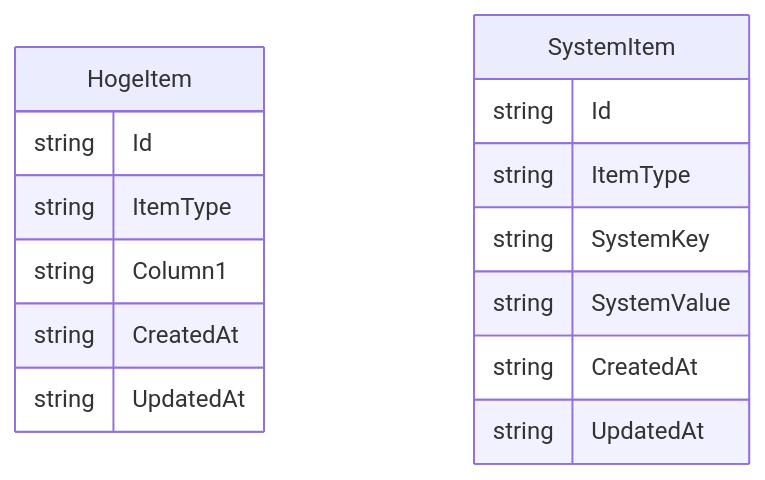
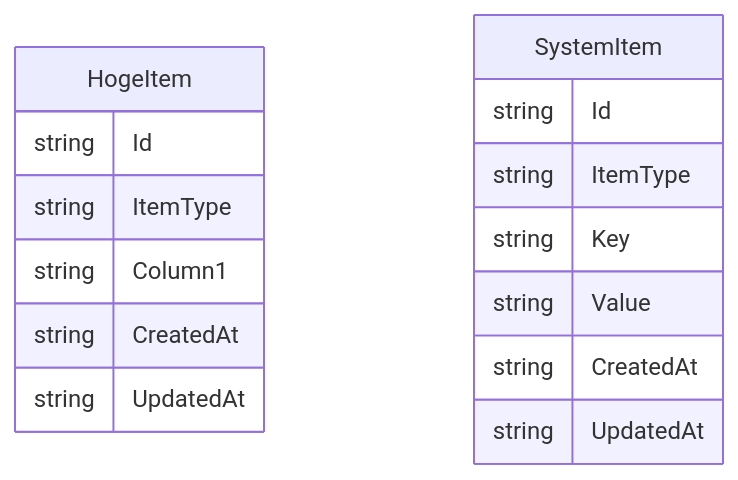
The first of 2 diagrams in docs/DynamoDB.md (nagiyu/nagiyu-home), drawn with Mermaid before and after one commit. The commit also changed other lines of this file, not shown here.

Commit message:
Refactor DynamoDB documentation: remove data model design section, add secondary index details, and clarify key management for HogeItem

````diff
--- a/docs/DynamoDB.md
+++ b/docs/DynamoDB.md
@@ -21,19 +28,19 @@
 ```mermaid
 erDiagram
     HogeItem {
         string Id
         string ItemType
         string Column1
         string CreatedAt
         string UpdatedAt
     }
 
     SystemItem {
         string Id
         string ItemType
-        string SystemKey
-        string SystemValue
+        string Key
+        string Value
         string CreatedAt
         string UpdatedAt
     }
 ```
````
